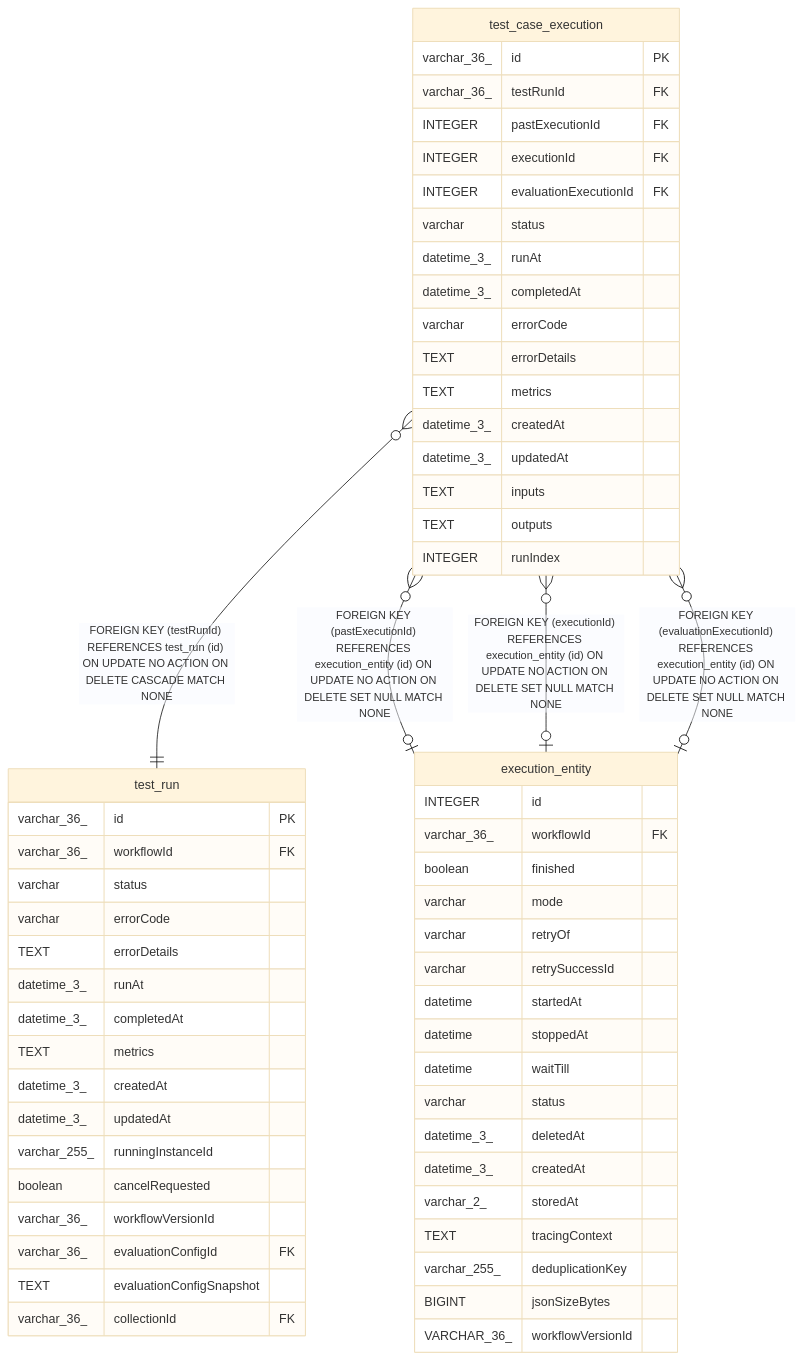
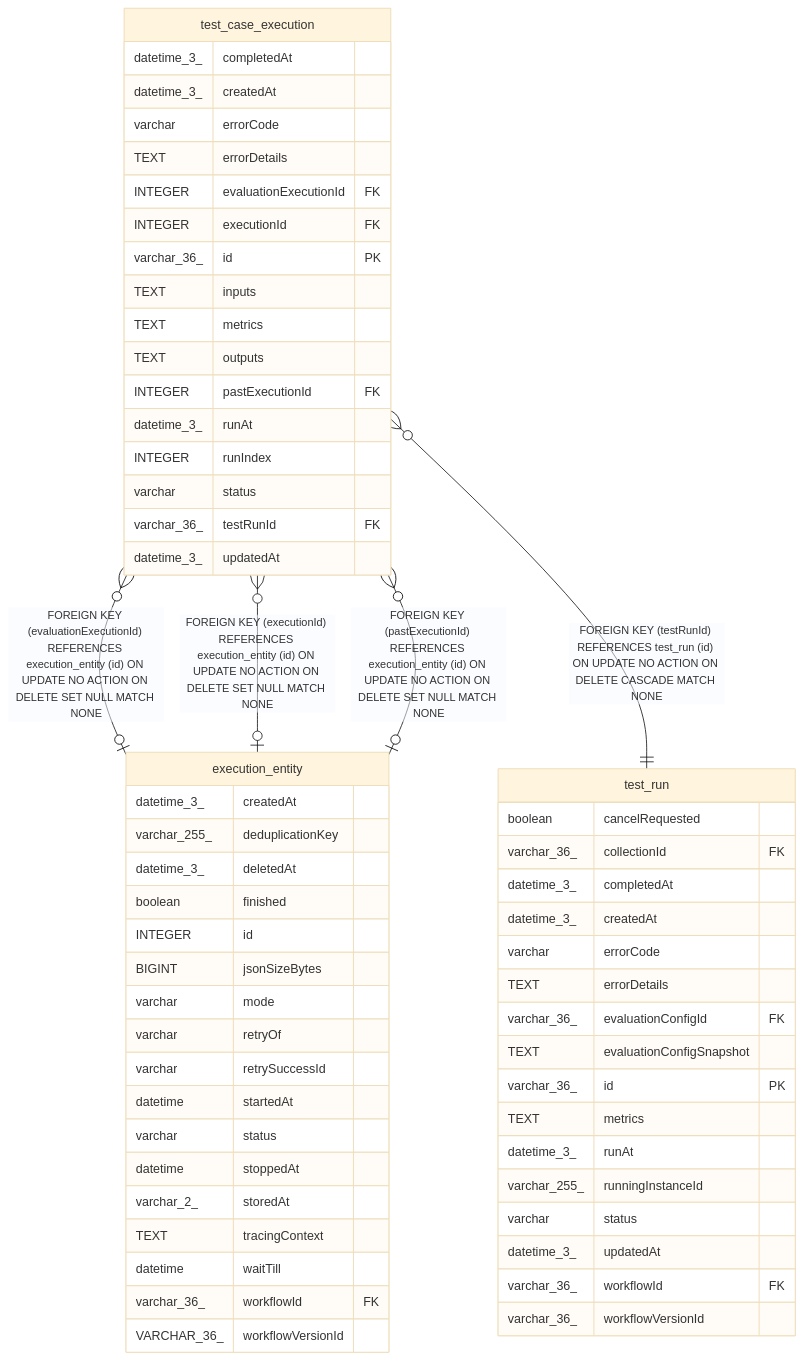
One commit to mayankjain1815-commits/n8n changed the diagram in docs/generated/sqlite-schema/test_case_execution.md. Above: the diagram before and after it, drawn with Mermaid (base theme). The commit also changed other lines of this file and 221 other files, not shown here.

Commit message:
chore(core): Make DB schema docs generation deterministic (#32373)

````diff
--- a/docs/generated/sqlite-schema/test_case_execution.md
+++ b/docs/generated/sqlite-schema/test_case_execution.md
@@ -55,64 +55,64 @@
 ```mermaid
 erDiagram
 
+"test_case_execution" }o--o| "execution_entity" : "FOREIGN KEY (evaluationExecutionId) REFERENCES execution_entity (id) ON UPDATE NO ACTION ON DELETE SET NULL MATCH NONE"
+"test_case_execution" }o--o| "execution_entity" : "FOREIGN KEY (executionId) REFERENCES execution_entity (id) ON UPDATE NO ACTION ON DELETE SET NULL MATCH NONE"
+"test_case_execution" }o--o| "execution_entity" : "FOREIGN KEY (pastExecutionId) REFERENCES execution_entity (id) ON UPDATE NO ACTION ON DELETE SET NULL MATCH NONE"
 "test_case_execution" }o--|| "test_run" : "FOREIGN KEY (testRunId) REFERENCES test_run (id) ON UPDATE NO ACTION ON DELETE CASCADE MATCH NONE"
-"test_case_execution" }o--o| "execution_entity" : "FOREIGN KEY (pastExecutionId) REFERENCES execution_entity (id) ON UPDATE NO ACTION ON DELETE SET NULL MATCH NONE"
-"test_case_execution" }o--o| "execution_entity" : "FOREIGN KEY (executionId) REFERENCES execution_entity (id) ON UPDATE NO ACTION ON DELETE SET NULL MATCH NONE"
-"test_case_execution" }o--o| "execution_entity" : "FOREIGN KEY (evaluationExecutionId) REFERENCES execution_entity (id) ON UPDATE NO ACTION ON DELETE SET NULL MATCH NONE"
 
 "test_case_execution" {
-  varchar_36_ id PK
-  varchar_36_ testRunId FK
-  INTEGER pastExecutionId FK
-  INTEGER executionId FK
-  INTEGER evaluationExecutionId FK
-  varchar status
-  datetime_3_ runAt
   datetime_3_ completedAt
+  datetime_3_ createdAt
   varchar errorCode
   TEXT errorDetails
+  INTEGER evaluationExecutionId FK
+  INTEGER executionId FK
+  varchar_36_ id PK
+  TEXT inputs
   TEXT metrics
-  datetime_3_ createdAt
+  TEXT outputs
+  INTEGER pastExecutionId FK
+  datetime_3_ runAt
+  INTEGER runIndex
+  varchar status
+  varchar_36_ testRunId FK
   datetime_3_ updatedAt
-  TEXT inputs
-  TEXT outputs
-  INTEGER runIndex
-}
-"test_run" {
-  varchar_36_ id PK
-  varchar_36_ workflowId FK
-  varchar status
-  varchar errorCode
-  TEXT errorDetails
-  datetime_3_ runAt
-  datetime_3_ completedAt
-  TEXT metrics
-  datetime_3_ createdAt
-  datetime_3_ updatedAt
-  varchar_255_ runningInstanceId
-  boolean cancelRequested
-  varchar_36_ workflowVersionId
-  varchar_36_ evaluationConfigId FK
-  TEXT evaluationConfigSnapshot
-  varchar_36_ collectionId FK
 }
 "execution_entity" {
+  datetime_3_ createdAt
+  varchar_255_ deduplicationKey
+  datetime_3_ deletedAt
+  boolean finished
   INTEGER id
-  varchar_36_ workflowId FK
-  boolean finished
+  BIGINT jsonSizeBytes
   varchar mode
   varchar retryOf
   varchar retrySuccessId
   datetime startedAt
+  varchar status
   datetime stoppedAt
-  datetime waitTill
-  varchar status
-  datetime_3_ deletedAt
-  datetime_3_ createdAt
   varchar_2_ storedAt
   TEXT tracingContext
-  varchar_255_ deduplicationKey
-  BIGINT jsonSizeBytes
+  datetime waitTill
+  varchar_36_ workflowId FK
   VARCHAR_36_ workflowVersionId
 }
+"test_run" {
+  boolean cancelRequested
+  varchar_36_ collectionId FK
+  datetime_3_ completedAt
+  datetime_3_ createdAt
+  varchar errorCode
+  TEXT errorDetails
+  varchar_36_ evaluationConfigId FK
+  TEXT evaluationConfigSnapshot
+  varchar_36_ id PK
+  TEXT metrics
+  datetime_3_ runAt
+  varchar_255_ runningInstanceId
+  varchar status
+  datetime_3_ updatedAt
+  varchar_36_ workflowId FK
+  varchar_36_ workflowVersionId
+}
 ```
````
